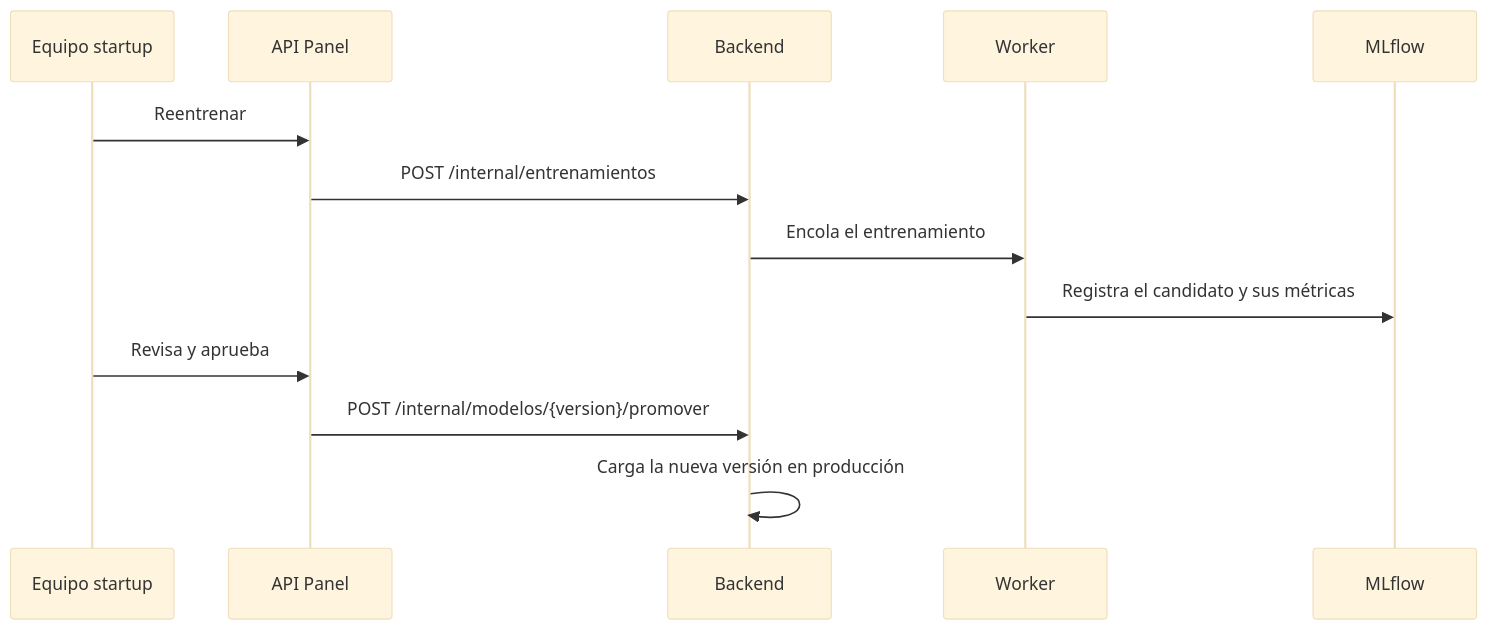
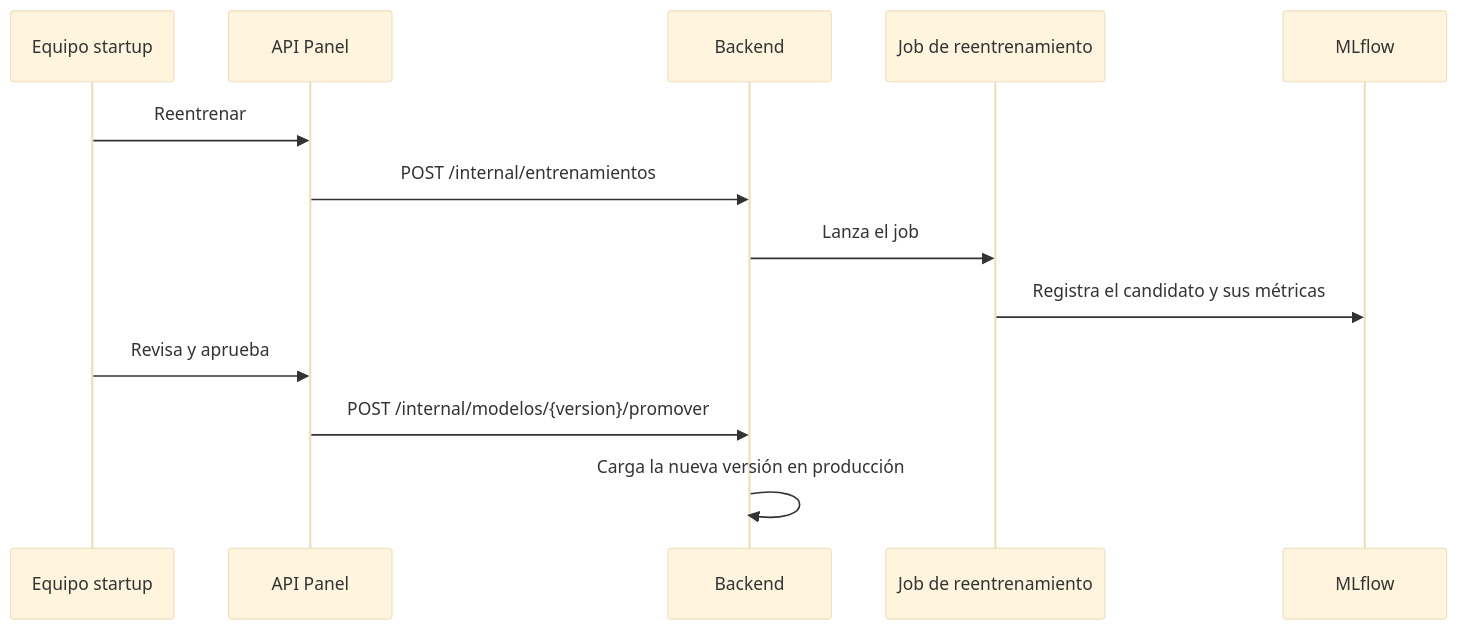
One commit to ErnestoSCL/neuroa-modelo-tamizaje changed the sixth of 6 diagrams in docs/arquitectura_conecta.md. Above: the diagram before and after it, drawn with Mermaid (base theme). The commit also changed other lines of this file, not shown here.

````diff
--- a/docs/arquitectura_conecta.md
+++ b/docs/arquitectura_conecta.md
@@ -388,15 +390,15 @@
 ```mermaid
 sequenceDiagram
     participant E as Equipo startup
     participant P as API Panel
     participant A as Backend
-    participant WK as Worker
+    participant WK as Job de reentrenamiento
     participant M as MLflow
     E->>P: Reentrenar
     P->>A: POST /internal/entrenamientos
-    A->>WK: Encola el entrenamiento
+    A->>WK: Lanza el job
     WK->>M: Registra el candidato y sus métricas
     E->>P: Revisa y aprueba
     P->>A: POST /internal/modelos/{version}/promover
     A->>A: Carga la nueva versión en producción
 ```
````
